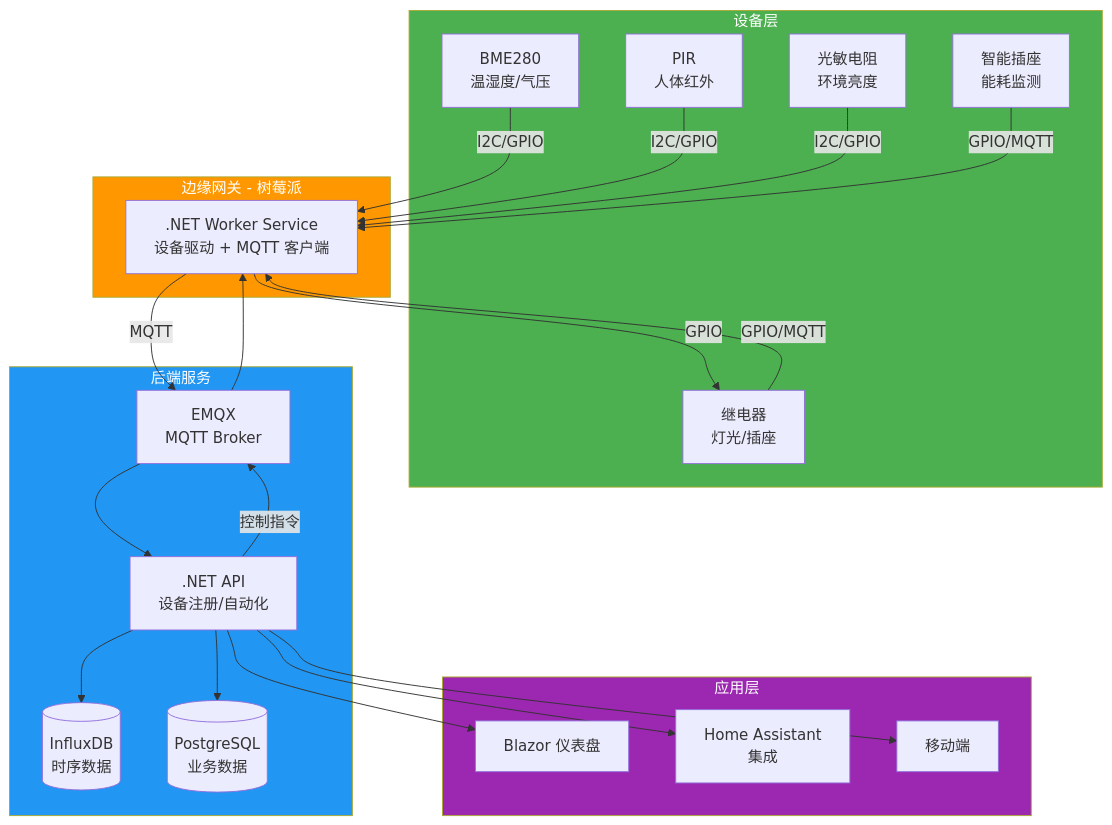
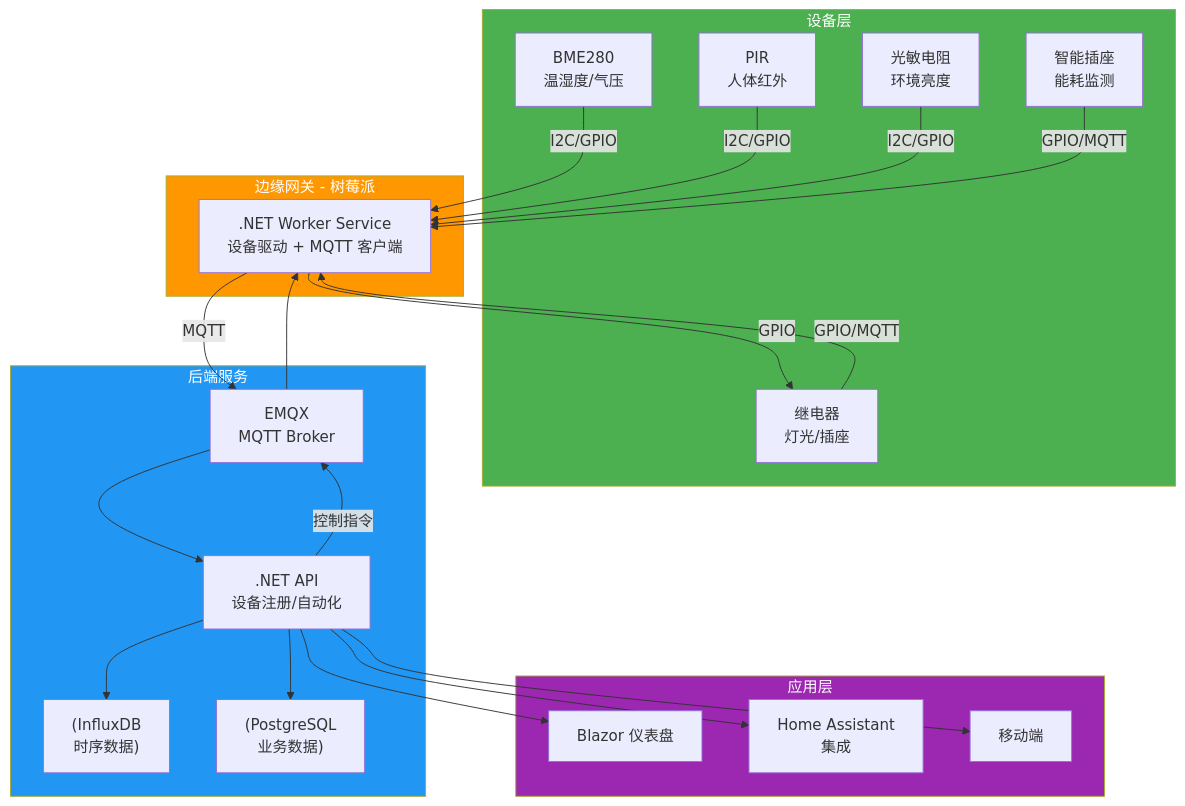
Before and after one commit to moklgydocs/moklgydocs.github.io: the first of 2 diagrams in src/后端开发/DotNet_IoT/09_生产级项目实战/01_智能家居系统.md, drawn with Mermaid. The commit also changed other lines of this file and 178 other files, not shown here.

First line of the commit message:
fix: 修复 mermaid 图表语法错误 - 为含 <br/> 的标签添加引号、修复未闭合引号

````diff
--- a/src/后端开发/DotNet_IoT/09_生产级项目实战/01_智能家居系统.md
+++ b/src/后端开发/DotNet_IoT/09_生产级项目实战/01_智能家居系统.md
@@ -22,42 +22,42 @@
 ```mermaid
 flowchart TB
     subgraph DEV["设备层"]
-        S1[BME280<br/>温湿度/气压]
-        S2[PIR<br/>人体红外]
-        S3[光敏电阻<br/>环境亮度]
-        S4[继电器<br/>灯光/插座]
-        S5[智能插座<br/>能耗监测]
+        S1["BME280<br/>温湿度/气压"]
+        S2["PIR<br/>人体红外"]
+        S3["光敏电阻<br/>环境亮度"]
+        S4["继电器<br/>灯光/插座"]
+        S5["智能插座<br/>能耗监测"]
     end
 
     subgraph EDGE["边缘网关 - 树莓派"]
-        GW[.NET Worker Service<br/>设备驱动 + MQTT 客户端]
+        GW[".NET Worker Service<br/>设备驱动 + MQTT 客户端"]
     end
 
     subgraph CLOUD["后端服务"]
-        MQ[EMQX<br/>MQTT Broker]
-        API[.NET API<br/>设备注册/自动化]
-        DB[(InfluxDB<br/>时序数据)]
-        PG[(PostgreSQL<br/>业务数据)]
+        MQ["EMQX<br/>MQTT Broker"]
+        API[".NET API<br/>设备注册/自动化"]
+        DB["(InfluxDB<br/>时序数据)"]
+        PG["(PostgreSQL<br/>业务数据)"]
     end
 
     subgraph APP["应用层"]
         DASH[Blazor 仪表盘]
-        HA[Home Assistant<br/>集成]
+        HA["Home Assistant<br/>集成"]
         MOBILE[移动端]
     end
 
     S1 & S2 & S3 -->|I2C/GPIO| GW
     S4 & S5 -->|GPIO/MQTT| GW
     GW -->|MQTT| MQ
     MQ --> API
     API --> DB & PG
     API --> DASH & HA & MOBILE
     API -->|控制指令| MQ
     MQ --> GW
     GW -->|GPIO| S4
 
     style DEV fill:#4CAF50,color:#fff
     style EDGE fill:#FF9800,color:#fff
     style CLOUD fill:#2196F3,color:#fff
     style APP fill:#9C27B0,color:#fff
 ```
````
